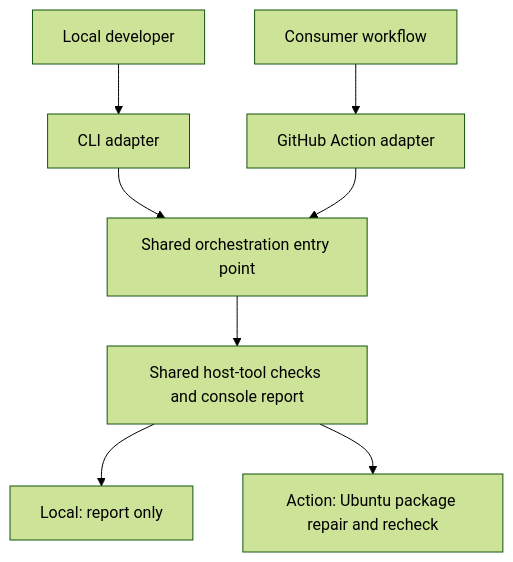
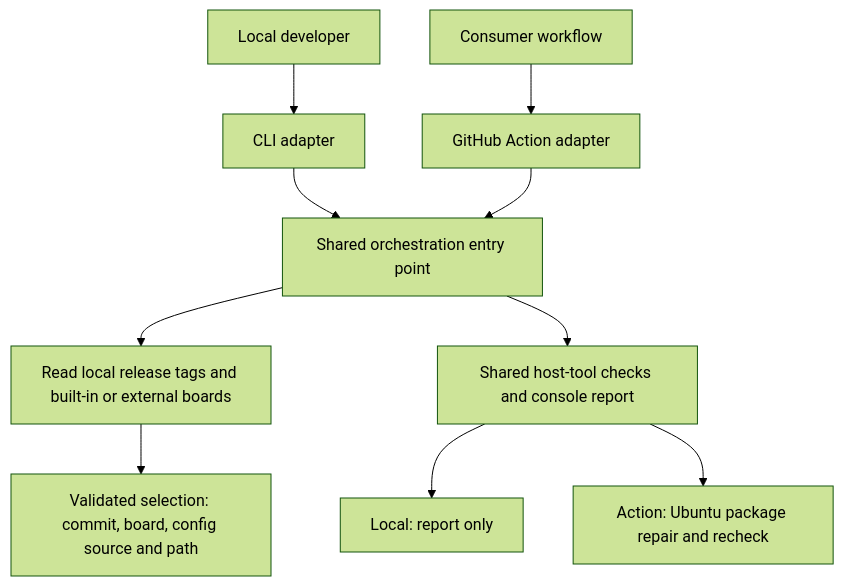
The first of 2 diagrams in docs/architecture.md (becauseimclever/GPBuilder), drawn with Mermaid (forest theme) before and after one commit. The commit also changed other lines of this file and 22 other files, not shown here.

````diff
--- a/docs/architecture.md
+++ b/docs/architecture.md
@@ -30,10 +31,12 @@
 ```mermaid
 flowchart TD
     Local[Local developer] --> CLI[CLI adapter]
     Workflow[Consumer workflow] --> Action[GitHub Action adapter]
     CLI --> Core[Shared orchestration entry point]
     Action --> Core
+    Core --> Selection[Read local release tags and built-in or external boards]
+    Selection --> Selected[Validated selection: commit, board, config source and path]
     Core --> Prerequisites[Shared host-tool checks and console report]
     Prerequisites --> LocalReport[Local: report only]
     Prerequisites --> Repair[Action: Ubuntu package repair and recheck]
 ```
````
